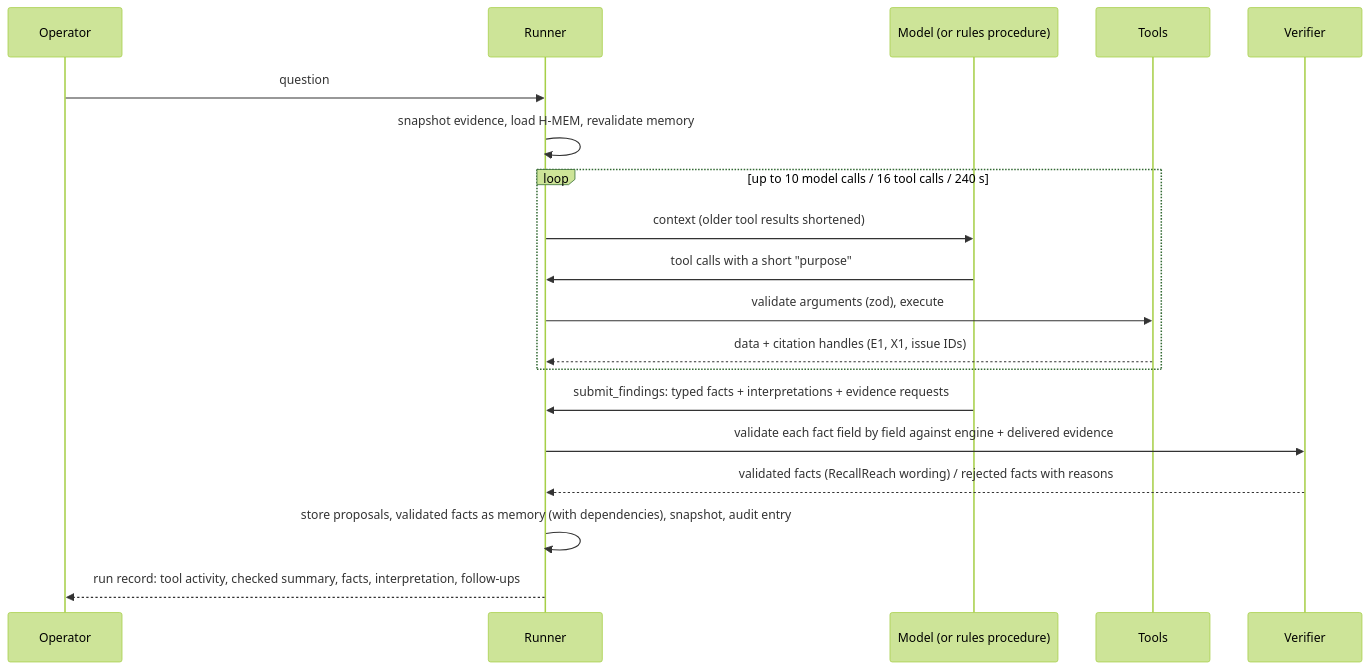
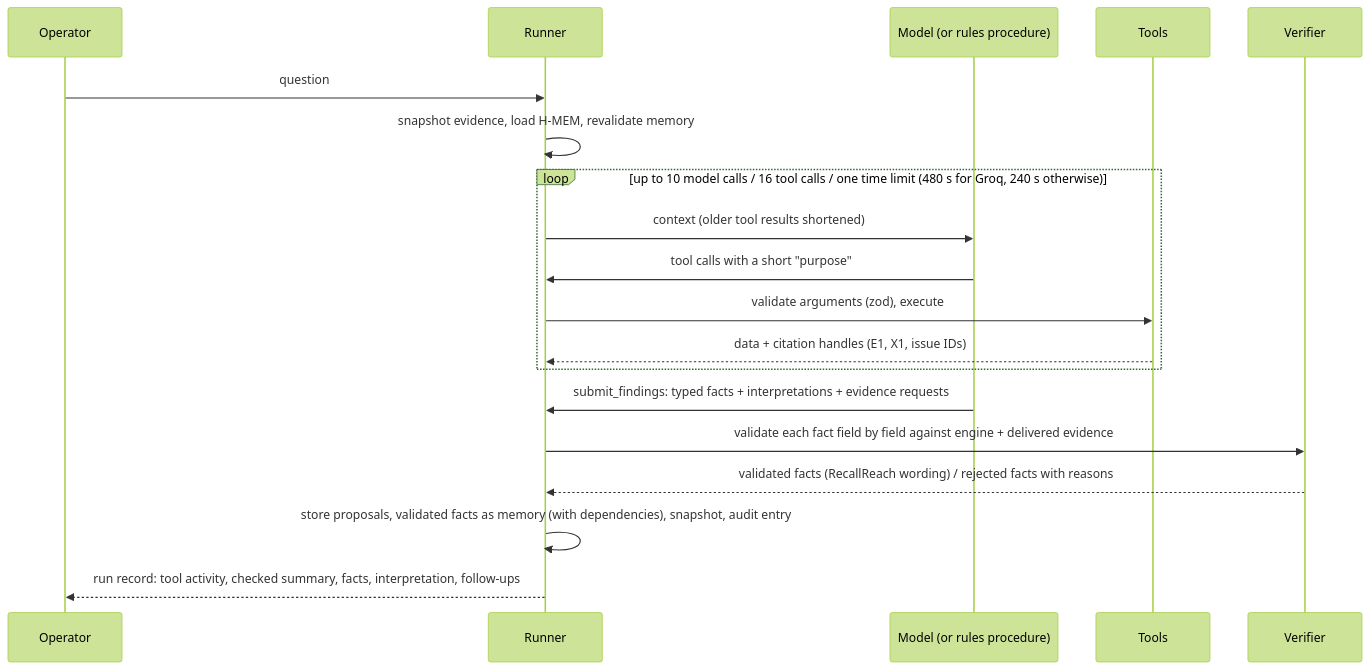
The second of 2 diagrams in docs/ARCHITECTURE.md (professor-200629/recallreach), drawn with Mermaid (forest theme) before and after one commit. The commit also changed other lines of this file and 22 other files, not shown here.

First line of the commit message:
Raise the live-run time limit for Groq and record a second held-out series

````diff
--- a/docs/ARCHITECTURE.md
+++ b/docs/ARCHITECTURE.md
@@ -66,21 +66,21 @@
 ```mermaid
 sequenceDiagram
   participant O as Operator
   participant R as Runner
   participant M as Model (or rules procedure)
   participant T as Tools
   participant V as Verifier
   O->>R: question
   R->>R: snapshot evidence, load H-MEM, revalidate memory
-  loop up to 10 model calls / 16 tool calls / 240 s
+  loop up to 10 model calls / 16 tool calls / one time limit (480 s for Groq, 240 s otherwise)
     R->>M: context (older tool results shortened)
     M->>R: tool calls with a short "purpose"
     R->>T: validate arguments (zod), execute
     T-->>R: data + citation handles (E1, X1, issue IDs)
   end
   M->>R: submit_findings: typed facts + interpretations + evidence requests
   R->>V: validate each fact field by field against engine + delivered evidence
   V-->>R: validated facts (RecallReach wording) / rejected facts with reasons
   R->>R: store proposals, validated facts as memory (with dependencies), snapshot, audit entry
   R-->>O: run record: tool activity, checked summary, facts, interpretation, follow-ups
 ```
````
